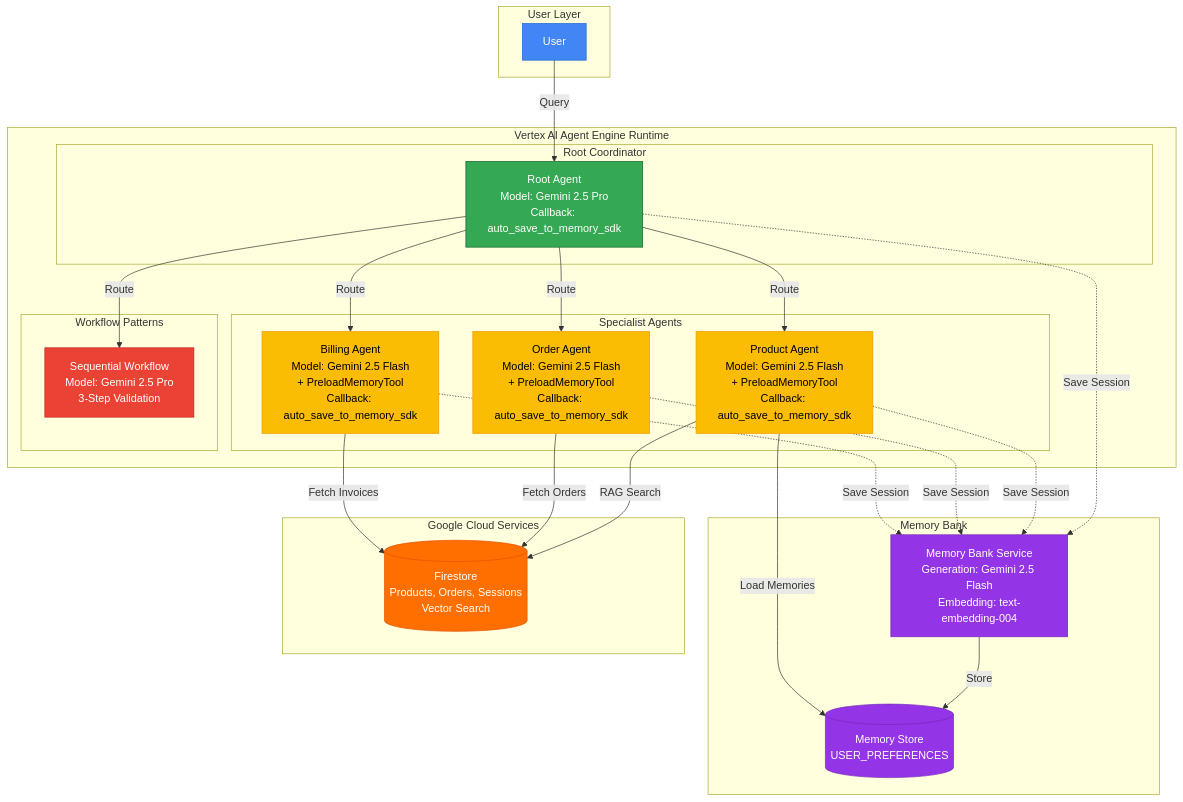
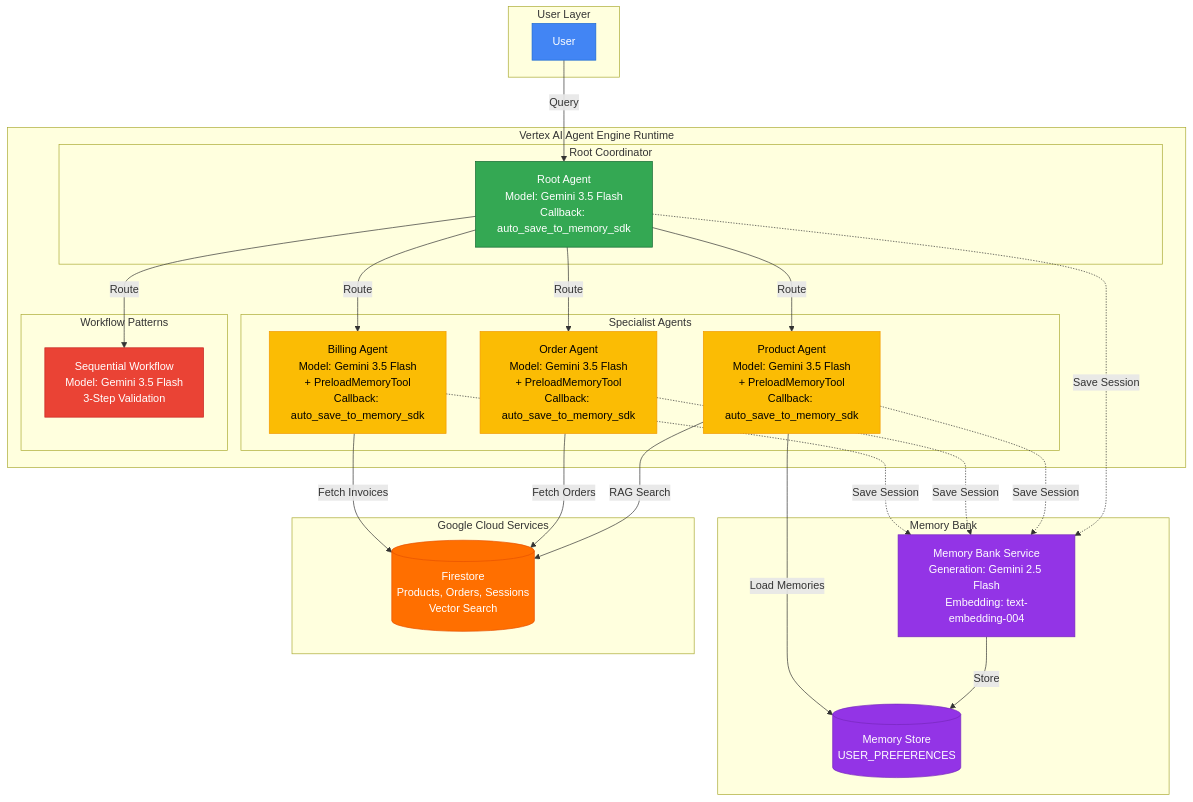
Before and after one commit to Saoussen-CH/adk-multiagent-production-template: the first of 6 diagrams in docs/ARCHITECTURE.md, drawn with Mermaid. The commit also changed other lines of this file and 10 other files, not shown here.

First line of the commit message:
docs: update stale Gemini 2.5 Pro/Flash references to 3.5 Flash

````diff
--- a/docs/ARCHITECTURE.md
+++ b/docs/ARCHITECTURE.md
@@ -83,59 +83,59 @@
 ```mermaid
 graph TB
     subgraph "User Layer"
         User[User]
     end
 
     subgraph "Vertex AI Agent Engine Runtime"
         subgraph "Root Coordinator"
-            RootAgent[Root Agent<br/>Model: Gemini 2.5 Pro<br/>Callback: auto_save_to_memory_sdk]
+            RootAgent[Root Agent<br/>Model: Gemini 3.5 Flash<br/>Callback: auto_save_to_memory_sdk]
         end
 
         subgraph "Specialist Agents"
-            ProductAgent[Product Agent<br/>Model: Gemini 2.5 Flash<br/>+ PreloadMemoryTool<br/>Callback: auto_save_to_memory_sdk]
-            OrderAgent[Order Agent<br/>Model: Gemini 2.5 Flash<br/>+ PreloadMemoryTool<br/>Callback: auto_save_to_memory_sdk]
-            BillingAgent[Billing Agent<br/>Model: Gemini 2.5 Flash<br/>+ PreloadMemoryTool<br/>Callback: auto_save_to_memory_sdk]
+            ProductAgent[Product Agent<br/>Model: Gemini 3.5 Flash<br/>+ PreloadMemoryTool<br/>Callback: auto_save_to_memory_sdk]
+            OrderAgent[Order Agent<br/>Model: Gemini 3.5 Flash<br/>+ PreloadMemoryTool<br/>Callback: auto_save_to_memory_sdk]
+            BillingAgent[Billing Agent<br/>Model: Gemini 3.5 Flash<br/>+ PreloadMemoryTool<br/>Callback: auto_save_to_memory_sdk]
         end
 
         subgraph "Workflow Patterns"
-            RefundWorkflow[Sequential Workflow<br/>Model: Gemini 2.5 Pro<br/>3-Step Validation]
+            RefundWorkflow[Sequential Workflow<br/>Model: Gemini 3.5 Flash<br/>3-Step Validation]
         end
     end
 
     subgraph "Memory Bank"
         MemoryService[Memory Bank Service<br/>Generation: Gemini 2.5 Flash<br/>Embedding: text-embedding-004]
         MemoryStore[(Memory Store<br/>USER_PREFERENCES)]
     end
 
     subgraph "Google Cloud Services"
         Firestore[(Firestore<br/>Products, Orders, Sessions<br/>Vector Search)]
     end
 
     User -->|Query| RootAgent
     RootAgent -->|Route| ProductAgent
     RootAgent -->|Route| OrderAgent
     RootAgent -->|Route| BillingAgent
     RootAgent -->|Route| RefundWorkflow
 
     ProductAgent -->|RAG Search| Firestore
     OrderAgent -->|Fetch Orders| Firestore
     BillingAgent -->|Fetch Invoices| Firestore
 
     RootAgent -.->|Save Session| MemoryService
     ProductAgent -.->|Save Session| MemoryService
     OrderAgent -.->|Save Session| MemoryService
     BillingAgent -.->|Save Session| MemoryService
 
     MemoryService -->|Store| MemoryStore
     ProductAgent -->|Load Memories| MemoryStore
 
     style User fill:#4285F4,stroke:#1967D2,color:#fff
     style RootAgent fill:#34A853,stroke:#0D652D,color:#fff
     style ProductAgent fill:#FBBC04,stroke:#F29900,color:#000
     style OrderAgent fill:#FBBC04,stroke:#F29900,color:#000
     style BillingAgent fill:#FBBC04,stroke:#F29900,color:#000
     style RefundWorkflow fill:#EA4335,stroke:#C5221F,color:#fff
     style MemoryService fill:#9334E6,stroke:#7627BB,color:#fff
     style MemoryStore fill:#9334E6,stroke:#7627BB,color:#fff
     style Firestore fill:#FF6F00,stroke:#E65100,color:#fff
 ```
````
